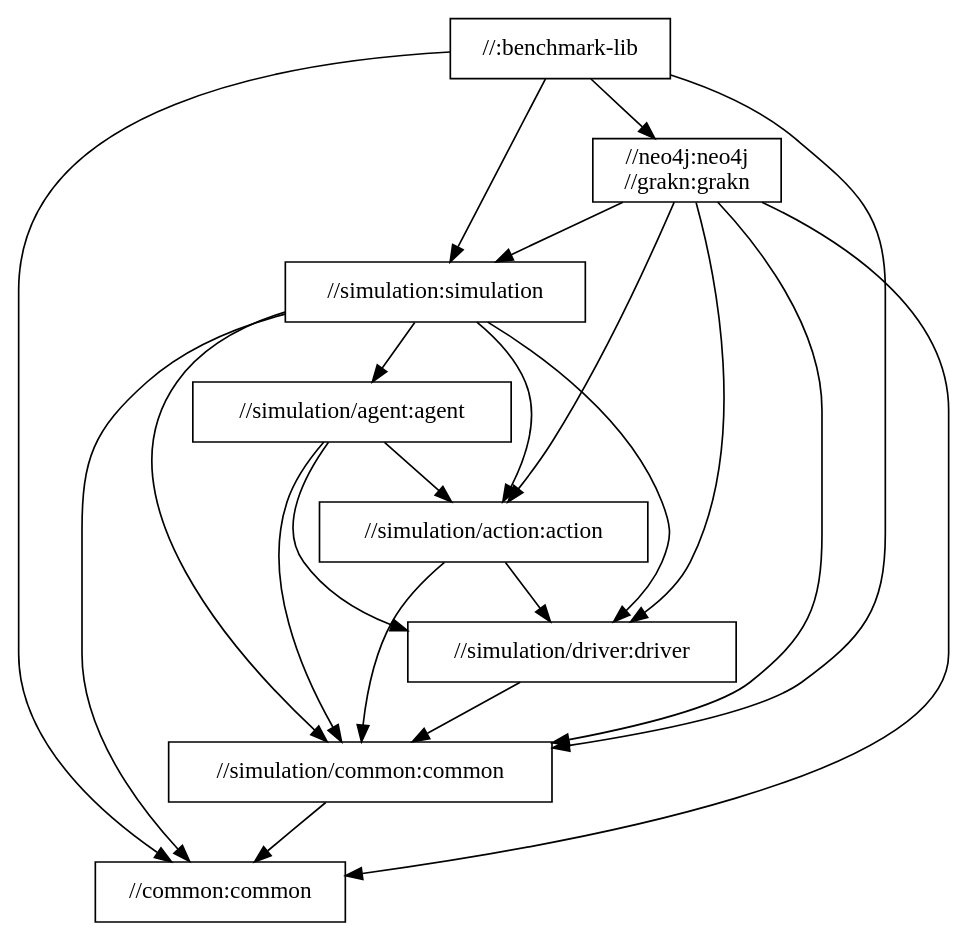
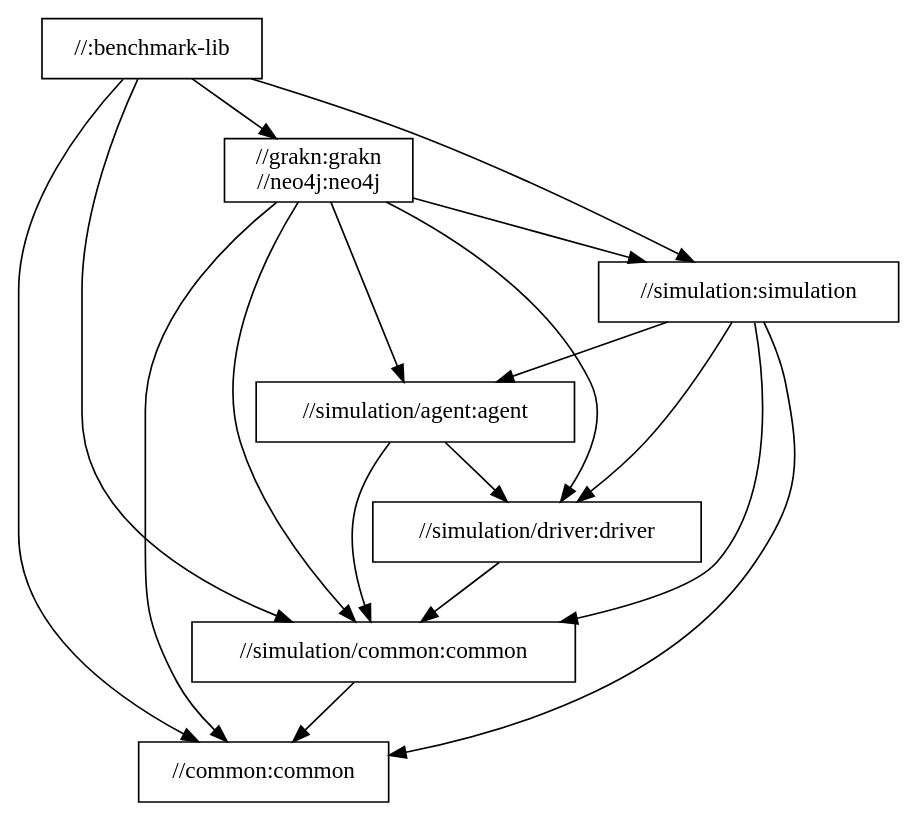
One commit to typedb/typedb-benchmark changed the diagram in docs/package-structure.dot. Above: the diagram before and after it, drawn with Graphviz. The commit also changed 176 other files, not shown here.

```diff
--- a/docs/package-structure.dot
+++ b/docs/package-structure.dot
@@ -1,32 +1,27 @@
 digraph mygraph {
   node [shape=box];
   "//:benchmark-lib"
   "//:benchmark-lib" -> "//common:common"
-  "//:benchmark-lib" -> "//neo4j:neo4j\n//grakn:grakn"
+  "//:benchmark-lib" -> "//grakn:grakn\n//neo4j:neo4j"
   "//:benchmark-lib" -> "//simulation:simulation"
   "//:benchmark-lib" -> "//simulation/common:common"
-  "//neo4j:neo4j\n//grakn:grakn"
-  "//neo4j:neo4j\n//grakn:grakn" -> "//common:common"
-  "//neo4j:neo4j\n//grakn:grakn" -> "//simulation:simulation"
-  "//neo4j:neo4j\n//grakn:grakn" -> "//simulation/action:action"
-  "//neo4j:neo4j\n//grakn:grakn" -> "//simulation/common:common"
-  "//neo4j:neo4j\n//grakn:grakn" -> "//simulation/driver:driver"
+  "//grakn:grakn\n//neo4j:neo4j"
+  "//grakn:grakn\n//neo4j:neo4j" -> "//common:common"
+  "//grakn:grakn\n//neo4j:neo4j" -> "//simulation:simulation"
+  "//grakn:grakn\n//neo4j:neo4j" -> "//simulation/agent:agent"
+  "//grakn:grakn\n//neo4j:neo4j" -> "//simulation/common:common"
+  "//grakn:grakn\n//neo4j:neo4j" -> "//simulation/driver:driver"
   "//simulation:simulation"
   "//simulation:simulation" -> "//common:common"
-  "//simulation:simulation" -> "//simulation/action:action"
   "//simulation:simulation" -> "//simulation/agent:agent"
   "//simulation:simulation" -> "//simulation/common:common"
   "//simulation:simulation" -> "//simulation/driver:driver"
   "//simulation/agent:agent"
-  "//simulation/agent:agent" -> "//simulation/action:action"
   "//simulation/agent:agent" -> "//simulation/common:common"
   "//simulation/agent:agent" -> "//simulation/driver:driver"
-  "//simulation/action:action"
-  "//simulation/action:action" -> "//simulation/common:common"
-  "//simulation/action:action" -> "//simulation/driver:driver"
   "//simulation/driver:driver"
   "//simulation/driver:driver" -> "//simulation/common:common"
   "//simulation/common:common"
   "//simulation/common:common" -> "//common:common"
   "//common:common"
 }
```
